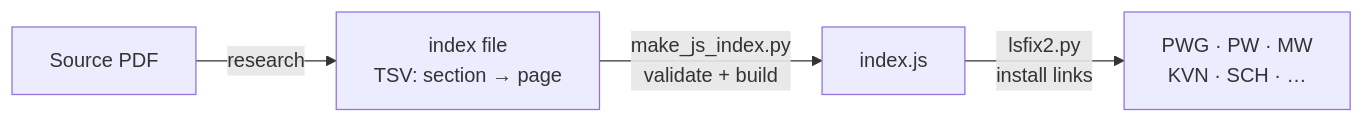
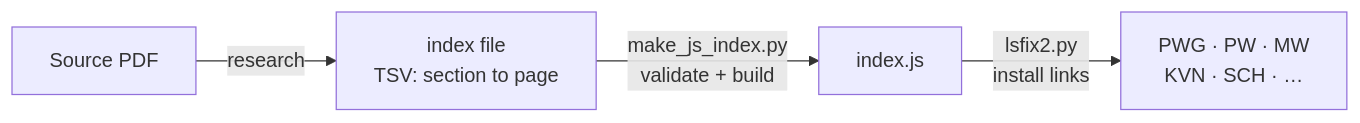
One commit to sanskrit-lexicon/PWG changed the first of 3 diagrams in readme.md. Above: the diagram before and after it, drawn with Mermaid. The commit also changed other lines of this file, not shown here.

````diff
--- a/readme.md
+++ b/readme.md
@@ -86,11 +99,11 @@
 ```mermaid
 flowchart LR
     PDF["Source PDF"]
-    IDX["index file\nTSV: section → page"]
+    IDX["index file\nTSV: section to page"]
     JS["index.js"]
     DICTS["PWG · PW · MW\nKVN · SCH · …"]
 
     PDF -->|"research"| IDX
     IDX -->|"make_js_index.py\nvalidate + build"| JS
     JS -->|"lsfix2.py\ninstall links"| DICTS
 ```
````
